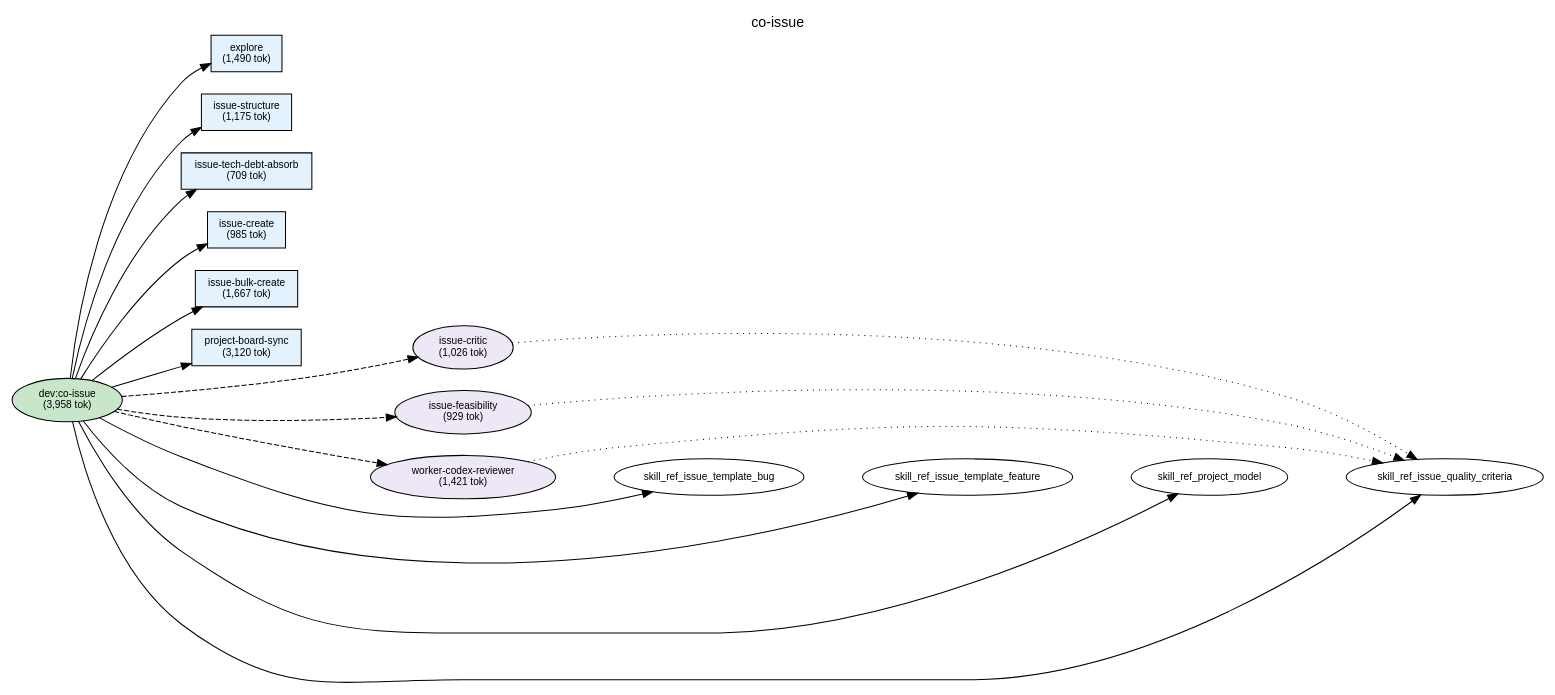
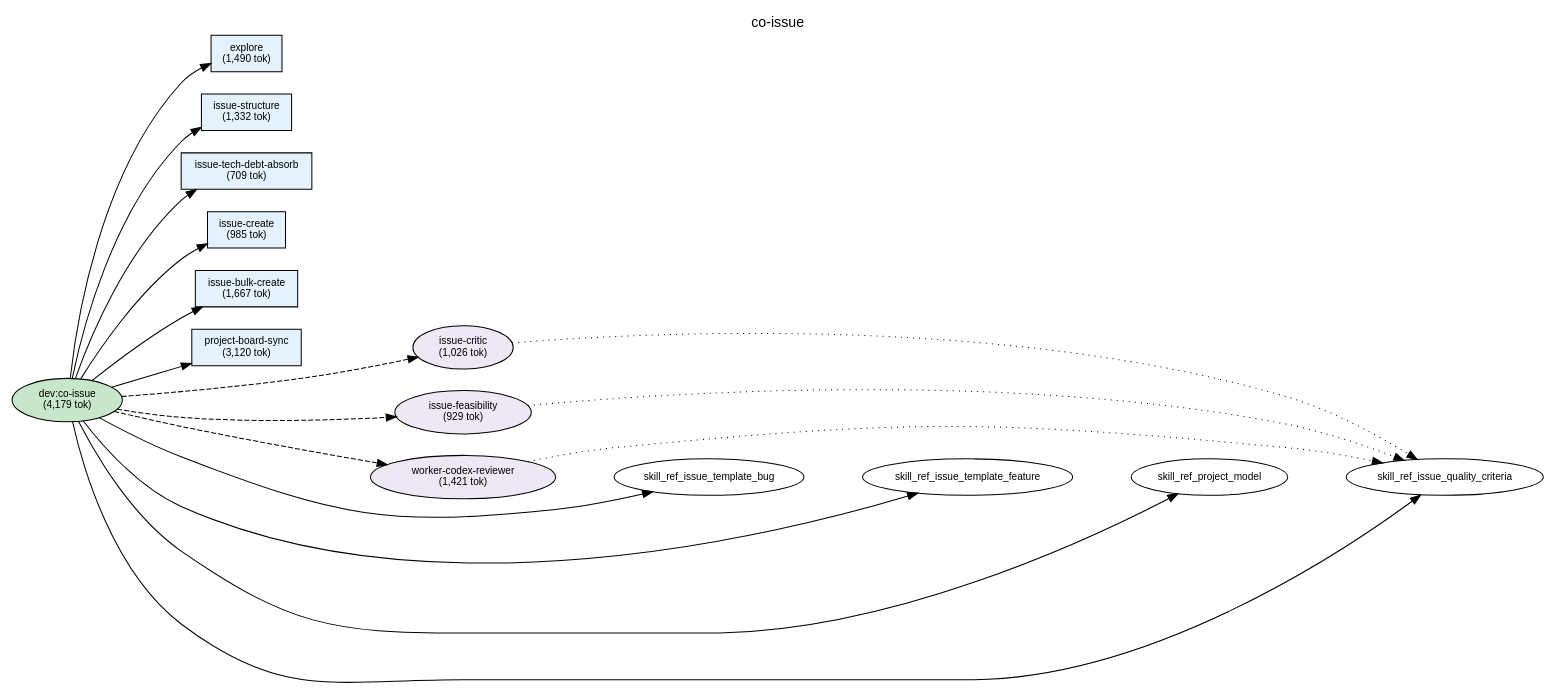
Before and after one commit to shuu5/twill: the diagram in plugins/dev/docs/deps-co-issue.dot, drawn with Graphviz. The commit also changed 22 other files, not shown here.

First line of the commit message:
feat(arch): architecture context を co-issue・merge-gate・specialist に機械的注入 (#159) (#181)

```diff
--- a/plugins/dev/docs/deps-co-issue.dot
+++ b/plugins/dev/docs/deps-co-issue.dot
@@ -1,78 +1,78 @@
 digraph Dependencies {
     // Graph settings
     rankdir=LR;
     ranksep=0.8;
     nodesep=0.3;
     fontname="Helvetica";
     node [fontname="Helvetica", fontsize=10];
     edge [fontname="Helvetica", fontsize=9];
     label="co-issue";
     labelloc=t;
     fontsize=14;
 
     // L0: Controller Skills
-    skill_co_issue [label="dev:co-issue\n(3,958 tok)", shape=ellipse, style=filled, fillcolor="#c8e6c9"];
+    skill_co_issue [label="dev:co-issue\n(4,179 tok)", shape=ellipse, style=filled, fillcolor="#c8e6c9"];
 
     // L0: Launchers
 
     // L0.5: Workflow Skills
 
     // Reference Skills
 
     // L1: Direct Commands
-    cmd_issue_structure [label="issue-structure\n(1,175 tok)", shape=box, style=filled, fillcolor="#e3f2fd"];
+    cmd_issue_structure [label="issue-structure\n(1,332 tok)", shape=box, style=filled, fillcolor="#e3f2fd"];
     cmd_issue_create [label="issue-create\n(985 tok)", shape=box, style=filled, fillcolor="#e3f2fd"];
     cmd_issue_bulk_create [label="issue-bulk-create\n(1,667 tok)", shape=box, style=filled, fillcolor="#e3f2fd"];
     cmd_issue_tech_debt_absorb [label="issue-tech-debt-absorb\n(709 tok)", shape=box, style=filled, fillcolor="#e3f2fd"];
     cmd_project_board_sync [label="project-board-sync\n(3,120 tok)", shape=box, style=filled, fillcolor="#e3f2fd"];
     cmd_explore [label="explore\n(1,490 tok)", shape=box, style=filled, fillcolor="#e3f2fd"];
 
     // L2: Sub Commands
 
     // L3: Agents
     agent_issue_critic [label="issue-critic\n(1,026 tok)", shape=ellipse, style=filled, fillcolor="#ede7f6"];
     agent_issue_feasibility [label="issue-feasibility\n(929 tok)", shape=ellipse, style=filled, fillcolor="#ede7f6"];
     agent_worker_codex_reviewer [label="worker-codex-reviewer\n(1,421 tok)", shape=ellipse, style=filled, fillcolor="#ede7f6"];
 
     // L3.5: Scripts
 
     // L4: External
 
     // Layer constraints
     { rank=same; skill_co_issue; }
     { rank=same; cmd_issue_structure; cmd_issue_create; cmd_issue_bulk_create; cmd_issue_tech_debt_absorb; cmd_project_board_sync; cmd_explore; }
     { rank=same; agent_issue_critic; agent_issue_feasibility; agent_worker_codex_reviewer; }
 
     // Edges
     skill_co_issue -> cmd_explore;
     skill_co_issue -> cmd_issue_structure;
     skill_co_issue -> cmd_issue_tech_debt_absorb;
     skill_co_issue -> cmd_issue_create;
     skill_co_issue -> cmd_issue_bulk_create;
     skill_co_issue -> cmd_project_board_sync;
     skill_co_issue -> agent_issue_critic [style=dashed];
     skill_co_issue -> agent_issue_feasibility [style=dashed];
     skill_co_issue -> agent_worker_codex_reviewer [style=dashed];
     skill_co_issue -> skill_ref_issue_template_bug;
     skill_co_issue -> skill_ref_issue_template_feature;
     skill_co_issue -> skill_ref_project_model;
     skill_co_issue -> skill_ref_issue_quality_criteria;
     agent_issue_critic -> skill_ref_issue_quality_criteria [style=dotted];
     agent_issue_feasibility -> skill_ref_issue_quality_criteria [style=dotted];
     agent_worker_codex_reviewer -> skill_ref_issue_quality_criteria [style=dotted];
 
     // Ordering constraints (invisible edges)
     cmd_explore -> cmd_issue_structure [style=invis, weight=10];
     cmd_issue_structure -> cmd_issue_tech_debt_absorb [style=invis, weight=10];
     cmd_issue_tech_debt_absorb -> cmd_issue_create [style=invis, weight=10];
     cmd_issue_create -> cmd_issue_bulk_create [style=invis, weight=10];
     cmd_issue_bulk_create -> cmd_project_board_sync [style=invis, weight=10];
     cmd_project_board_sync -> agent_issue_critic [style=invis, weight=10];
     agent_issue_critic -> agent_issue_feasibility [style=invis, weight=10];
     agent_issue_feasibility -> agent_worker_codex_reviewer [style=invis, weight=10];
     agent_worker_codex_reviewer -> skill_ref_issue_template_bug [style=invis, weight=10];
     skill_ref_issue_template_bug -> skill_ref_issue_template_feature [style=invis, weight=10];
     skill_ref_issue_template_feature -> skill_ref_project_model [style=invis, weight=10];
     skill_ref_project_model -> skill_ref_issue_quality_criteria [style=invis, weight=10];
 
 }
```
